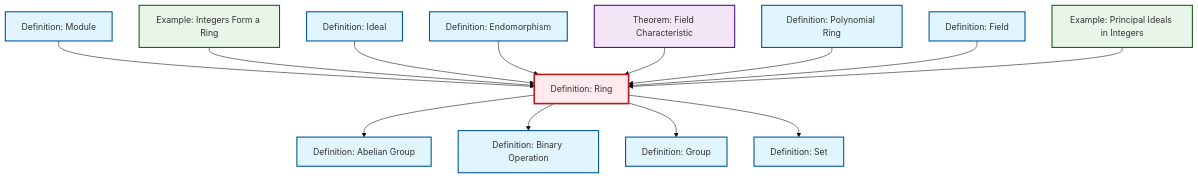
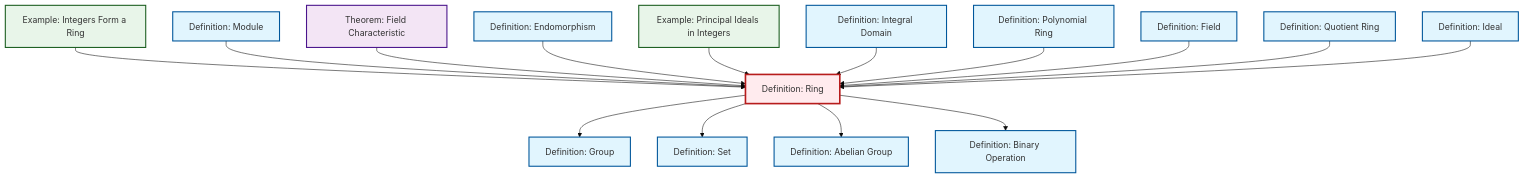
The diagram in content/en/algebra/def-ring.qmd (RK0429/ModernMath), drawn with Mermaid (base theme) before and after one commit. The commit also changed other lines of this file and 597 other files, not shown here.

````diff
--- a/content/en/algebra/def-ring.qmd
+++ b/content/en/algebra/def-ring.qmd
@@ -61,47 +61,53 @@
 ```{mermaid}
 %%| fig-cap: "Local dependency graph"
 graph TD
     classDef definition fill:#e1f5fe,stroke:#01579b,stroke-width:2px
     classDef theorem fill:#f3e5f5,stroke:#4a148c,stroke-width:2px
     classDef axiom fill:#fff3e0,stroke:#e65100,stroke-width:2px
     classDef example fill:#e8f5e9,stroke:#1b5e20,stroke-width:2px
     classDef current fill:#ffebee,stroke:#b71c1c,stroke-width:3px
-    def-module["Definition: Module"]:::definition
-    def-binary-operation["Definition: Binary Operation"]:::definition
-    def-ring["Definition: Ring"]:::definition
+    def-integral-domain["Definition: Integral Domain"]:::definition
     thm-field-characteristic["Theorem: Field Characteristic"]:::theorem
     def-polynomial-ring["Definition: Polynomial Ring"]:::definition
     def-ideal["Definition: Ideal"]:::definition
+    def-module["Definition: Module"]:::definition
+    ex-principal-ideal["Example: Principal Ideals in Integers"]:::example
+    def-quotient-ring["Definition: Quotient Ring"]:::definition
+    def-set["Definition: Set"]:::definition
+    def-endomorphism["Definition: Endomorphism"]:::definition
+    def-ring["Definition: Ring"]:::definition
+    def-field["Definition: Field"]:::definition
     def-abelian-group["Definition: Abelian Group"]:::definition
-    def-endomorphism["Definition: Endomorphism"]:::definition
-    ex-principal-ideal["Example: Principal Ideals in Integers"]:::example
+    ex-integers-ring["Example: Integers Form a Ring"]:::example
     def-group["Definition: Group"]:::definition
-    def-set["Definition: Set"]:::definition
-    ex-integers-ring["Example: Integers Form a Ring"]:::example
-    def-field["Definition: Field"]:::definition
+    def-binary-operation["Definition: Binary Operation"]:::definition
+    def-ring --> def-group
+    ex-integers-ring --> def-ring
+    def-module --> def-ring
+    def-ring --> def-set
+    thm-field-characteristic --> def-ring
+    def-endomorphism --> def-ring
+    ex-principal-ideal --> def-ring
     def-ring --> def-abelian-group
-    def-module --> def-ring
-    ex-integers-ring --> def-ring
+    def-ring --> def-binary-operation
+    def-integral-domain --> def-ring
+    def-polynomial-ring --> def-ring
+    def-field --> def-ring
+    def-quotient-ring --> def-ring
     def-ideal --> def-ring
-    def-endomorphism --> def-ring
-    thm-field-characteristic --> def-ring
-    def-polynomial-ring --> def-ring
-    def-ring --> def-binary-operation
-    def-field --> def-ring
-    def-ring --> def-group
-    ex-principal-ideal --> def-ring
-    def-ring --> def-set
     class def-ring current
-    click def-module "def-module.html" "Go to Module definition"
-    click def-binary-operation "def-binary-operation.html" "Go to Binary Operation definition"
+    click def-integral-domain "def-integral-domain.html" "Go to Integral Domain definition"
     click thm-field-characteristic "thm-field-characteristic.html" "Go to Field Characteristic theorem"
     click def-polynomial-ring "def-polynomial-ring.html" "Go to Polynomial Ring definition"
     click def-ideal "def-ideal.html" "Go to Ideal definition"
+    click def-module "def-module.html" "Go to Module definition"
+    click ex-principal-ideal "ex-principal-ideal.html" "Go to Principal Ideals in Integers example"
+    click def-quotient-ring "def-quotient-ring.html" "Go to Quotient Ring definition"
+    click def-set "def-set.html" "Go to Set definition"
+    click def-endomorphism "def-endomorphism.html" "Go to Endomorphism definition"
+    click def-field "def-field.html" "Go to Field definition"
     click def-abelian-group "def-abelian-group.html" "Go to Abelian Group definition"
-    click def-endomorphism "def-endomorphism.html" "Go to Endomorphism definition"
-    click ex-principal-ideal "ex-principal-ideal.html" "Go to Principal Ideals in Integers example"
+    click ex-integers-ring "ex-integers-ring.html" "Go to Integers Form a Ring example"
     click def-group "def-group.html" "Go to Group definition"
-    click def-set "def-set.html" "Go to Set definition"
-    click ex-integers-ring "ex-integers-ring.html" "Go to Integers Form a Ring example"
-    click def-field "def-field.html" "Go to Field definition"
+    click def-binary-operation "def-binary-operation.html" "Go to Binary Operation definition"
 ```
````
